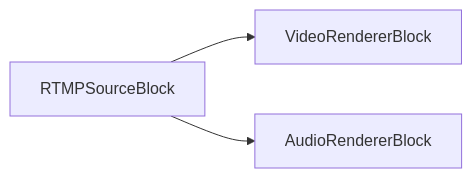
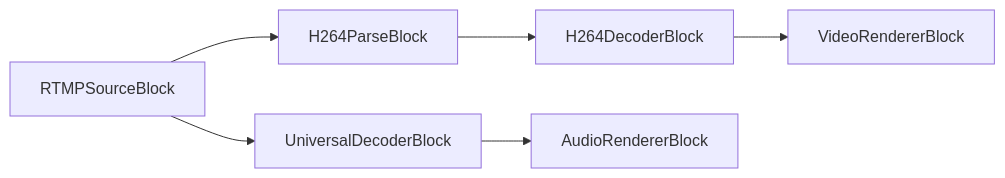
Before and after one commit to visioforge/help: diagram 16 of 52 in dotnet/mediablocks/Sources/index.es.md, drawn with Mermaid. The commit also changed other lines of this file and 222 other files, not shown here.

````diff
--- a/dotnet/mediablocks/Sources/index.es.md
+++ b/dotnet/mediablocks/Sources/index.es.md
@@ -1157,5 +1157,5 @@
 ```mermaid
 graph LR;
-    RTMPSourceBlock-->VideoRendererBlock;
-    RTMPSourceBlock-->AudioRendererBlock;
+    RTMPSourceBlock-->H264ParseBlock-->H264DecoderBlock-->VideoRendererBlock;
+    RTMPSourceBlock-->UniversalDecoderBlock-->AudioRendererBlock;
 ```
````
